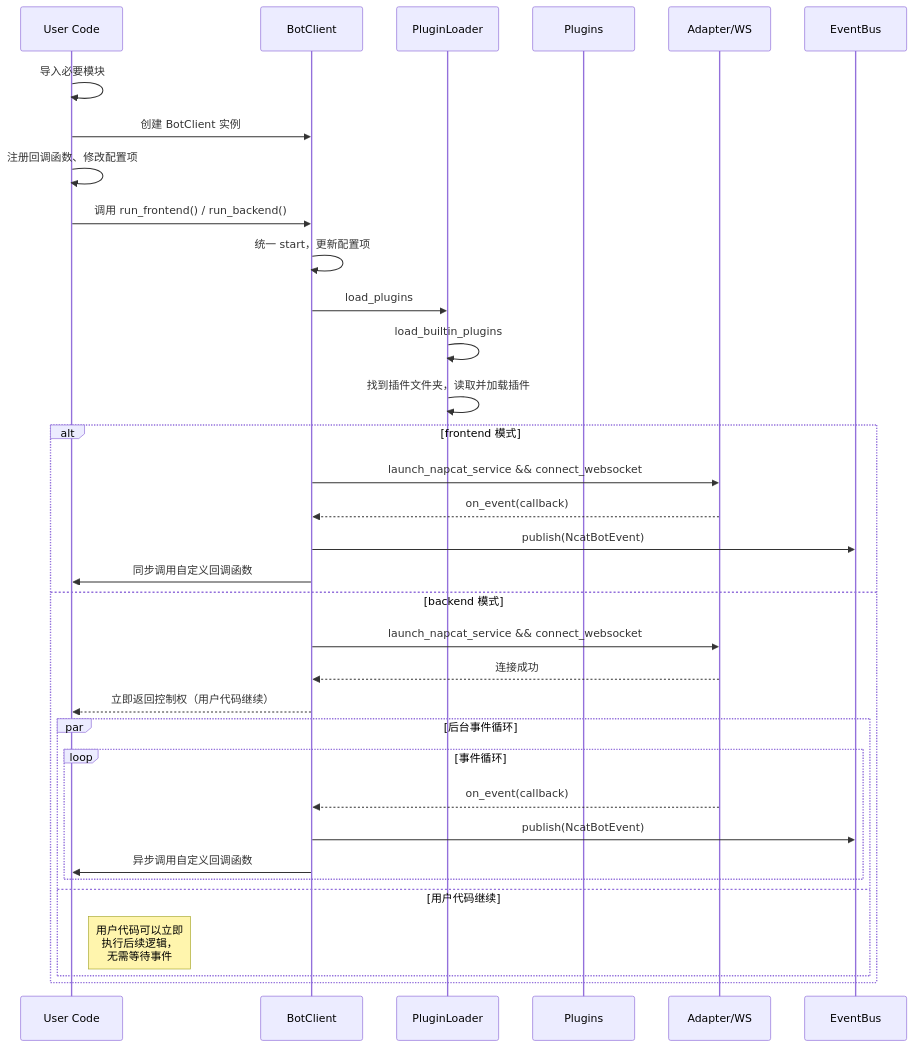
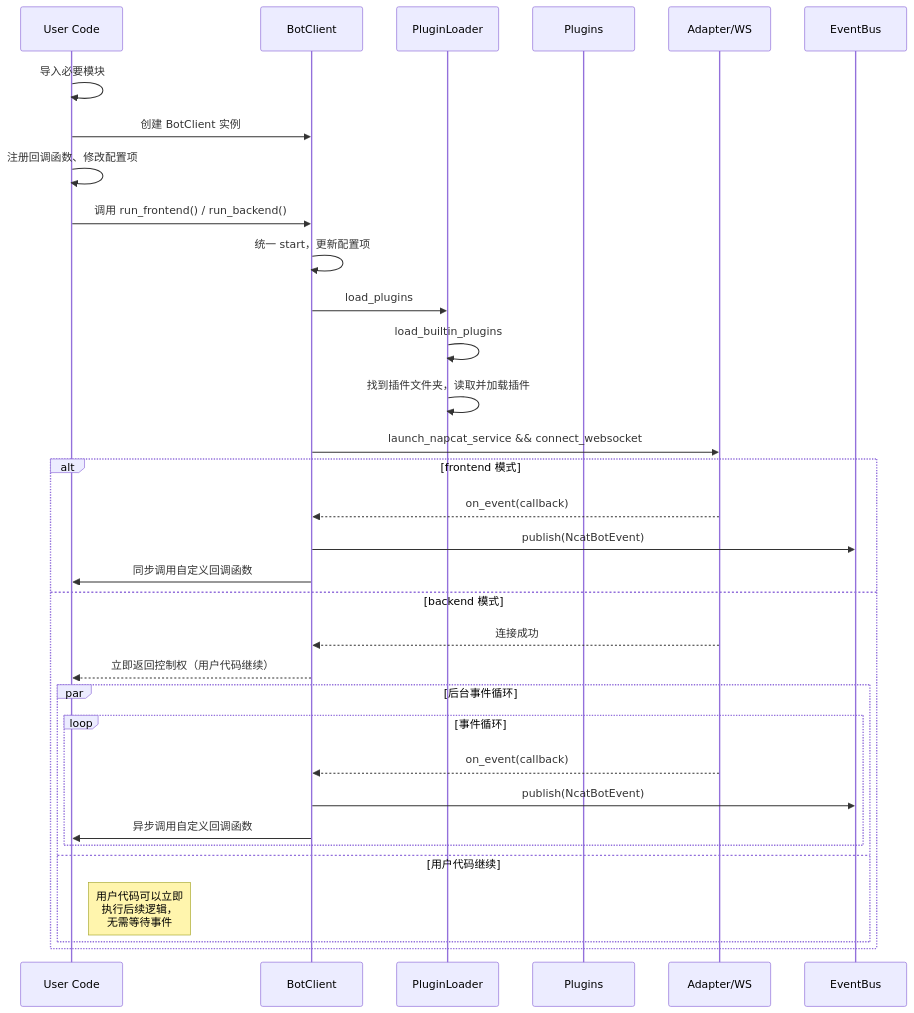
One commit to huan-yp/NcatBotDocs changed the diagram in docs/notes/guide/2. 基本开发/3. NcatBot 生命周期.md. Above: the diagram before and after it, drawn with Mermaid. The commit also changed other lines of this file and 3 other files, not shown here.

````diff
--- a/docs/notes/guide/2. 基本开发/3. NcatBot 生命周期.md
+++ b/docs/notes/guide/2. 基本开发/3. NcatBot 生命周期.md
@@ -71,43 +38,41 @@
 ```mermaid
 sequenceDiagram
     participant U as User Code
     participant B as BotClient
     participant L as PluginLoader
     participant P as Plugins
     participant A as Adapter/WS
     participant EB as EventBus
 
     %% 通用初始化部分（与模式无关）
     U->>U: 导入必要模块
     U->>B: 创建 BotClient 实例
     U->>U: 注册回调函数、修改配置项
     U->>B: 调用 run_frontend() / run_backend()
     B->>B: 统一 start，更新配置项
     B->>L: load_plugins
     L->>L: load_builtin_plugins
     L->>L: 找到插件文件夹，读取并加载插件
-
+    B->>A: launch_napcat_service && connect_websocket
     %% 区分 frontend / backend 两种模式
     alt frontend 模式
-        B->>A: launch_napcat_service && connect_websocket
         A-->>B: on_event(callback)
         B->>EB: publish(NcatBotEvent)
         B->>U: 同步调用自定义回调函数
     else backend 模式
-        B->>A: launch_napcat_service && connect_websocket
         A-->>B: 连接成功
         %% 关键改动：立即返回，用户代码继续往下执行
         B-->>U: 立即返回控制权（用户代码继续）
         
         %% 同时，在后台异步等待事件
         par 后台事件循环
             loop 事件循环
                 A-->>B: on_event(callback)
                 B->>EB: publish(NcatBotEvent)
                 B->>U: 异步调用自定义回调函数
             end
         and 用户代码继续
             Note right of U: 用户代码可以立即<br/>执行后续逻辑，<br/>无需等待事件
         end
     end
 ```
````
